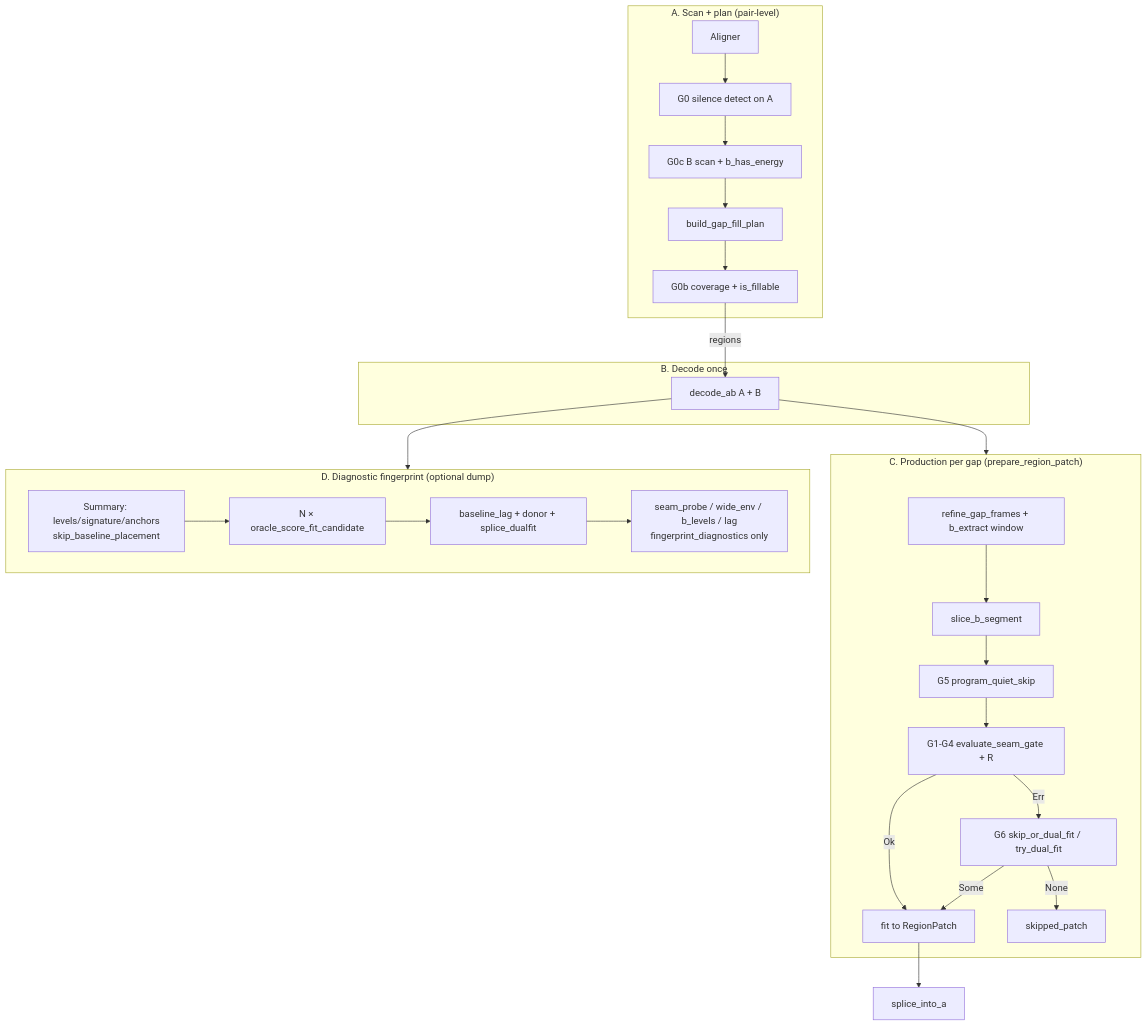
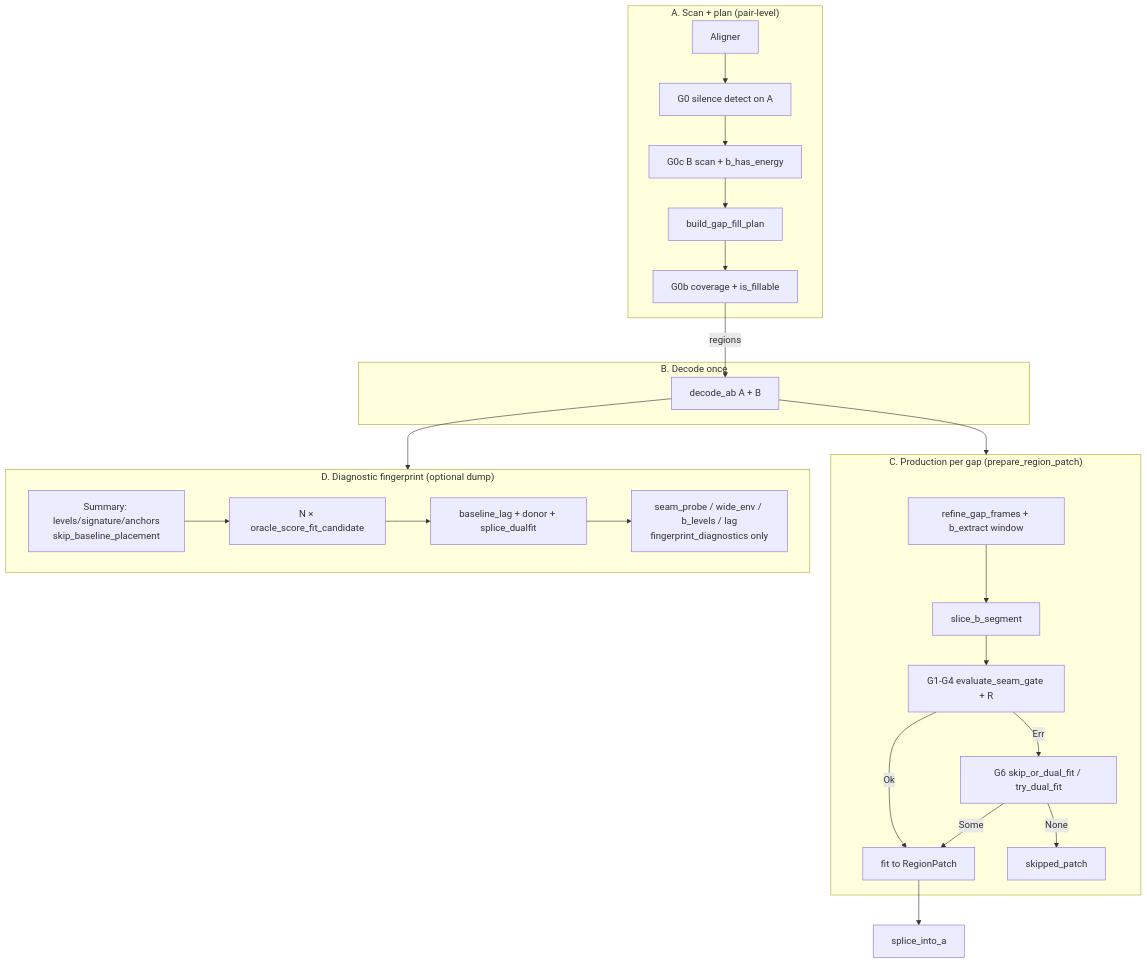
Before and after one commit to mgroeninger/clip-sync: the diagram in docs/TEMP-pipeline-perf-redesign-plan.md, drawn with Mermaid. The commit also changed other lines of this file and 7 other files, not shown here.

First line of the commit message:
refactor: remove program-quiet skip logic and update documentation

````diff
--- a/docs/TEMP-pipeline-perf-redesign-plan.md
+++ b/docs/TEMP-pipeline-perf-redesign-plan.md
@@ -216,42 +215,41 @@
 ```mermaid
 flowchart TB
   subgraph scan ["A. Scan + plan (pair-level)"]
     align[Aligner]
     G0[G0 silence detect on A]
     G0c[G0c B scan + b_has_energy]
     plan[build_gap_fill_plan]
     G0b[G0b coverage + is_fillable]
     align --> G0 --> G0c --> plan --> G0b
   end
 
   subgraph decode ["B. Decode once"]
     dec[decode_ab A + B]
   end
 
   subgraph prod ["C. Production per gap (prepare_region_patch)"]
     refine[refine_gap_frames + b_extract window]
     slice[slice_b_segment]
-    G5[G5 program_quiet_skip]
     gate[G1-G4 evaluate_seam_gate + R]
     fill[fit to RegionPatch]
     G6[G6 skip_or_dual_fit / try_dual_fit]
-    refine --> slice --> G5 --> gate
+    refine --> slice --> gate
     gate -->|Ok| fill
     gate -->|Err| G6
     G6 -->|Some| fill
     G6 -->|None| skip[skipped_patch]
   end
 
   subgraph fp ["D. Diagnostic fingerprint (optional dump)"]
     sum[Summary: levels/signature/anchors\nskip_baseline_placement]
     oracle[N × oracle_score_fit_candidate]
     dr[baseline_lag + donor + splice_dualfit]
     xdiag[seam_probe / wide_env / b_levels / lag\nfingerprint_diagnostics only]
     sum --> oracle --> dr --> xdiag
   end
 
   G0b -->|regions| dec
   dec --> prod
   dec --> fp
   fill --> splice[splice_into_a]
 ```
````
